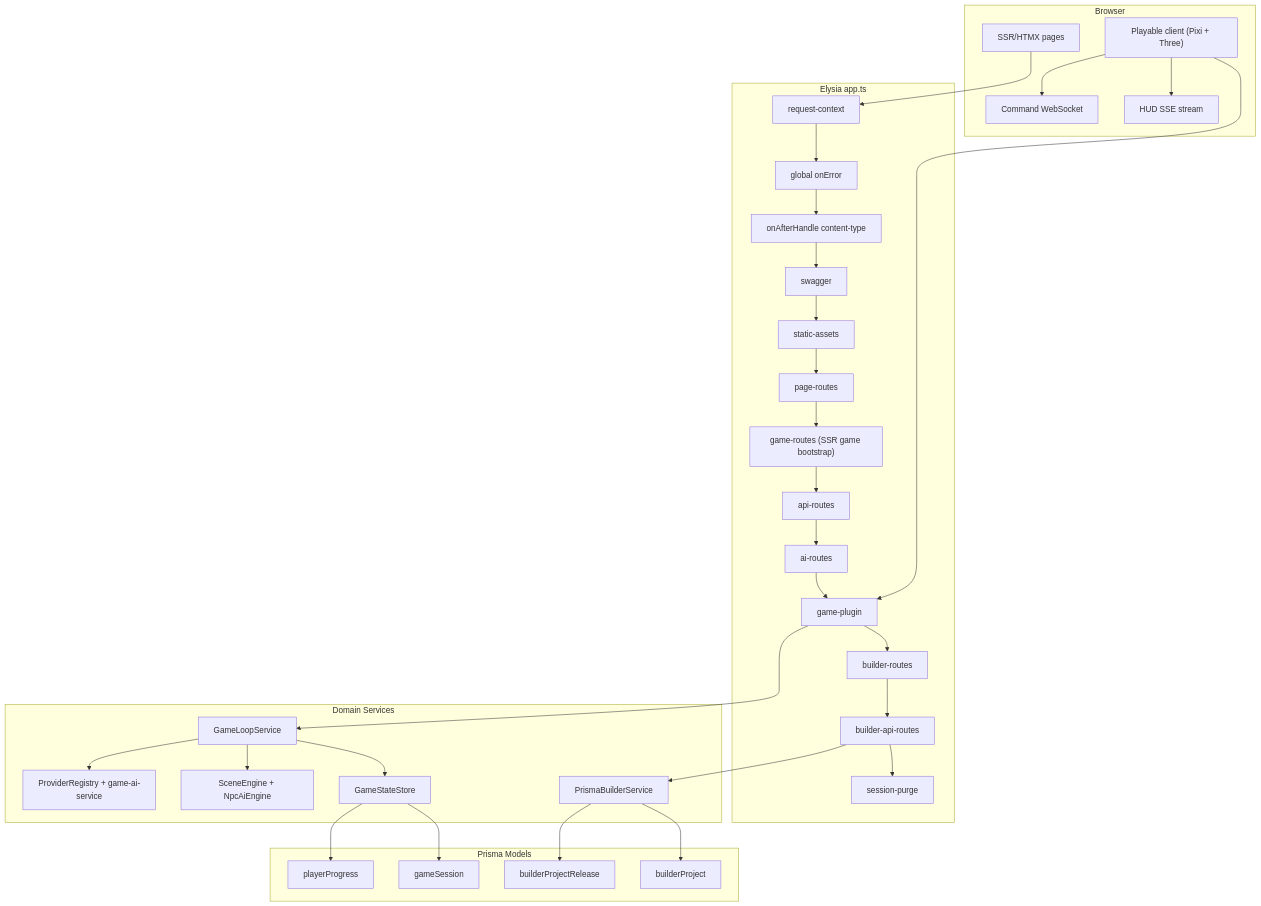
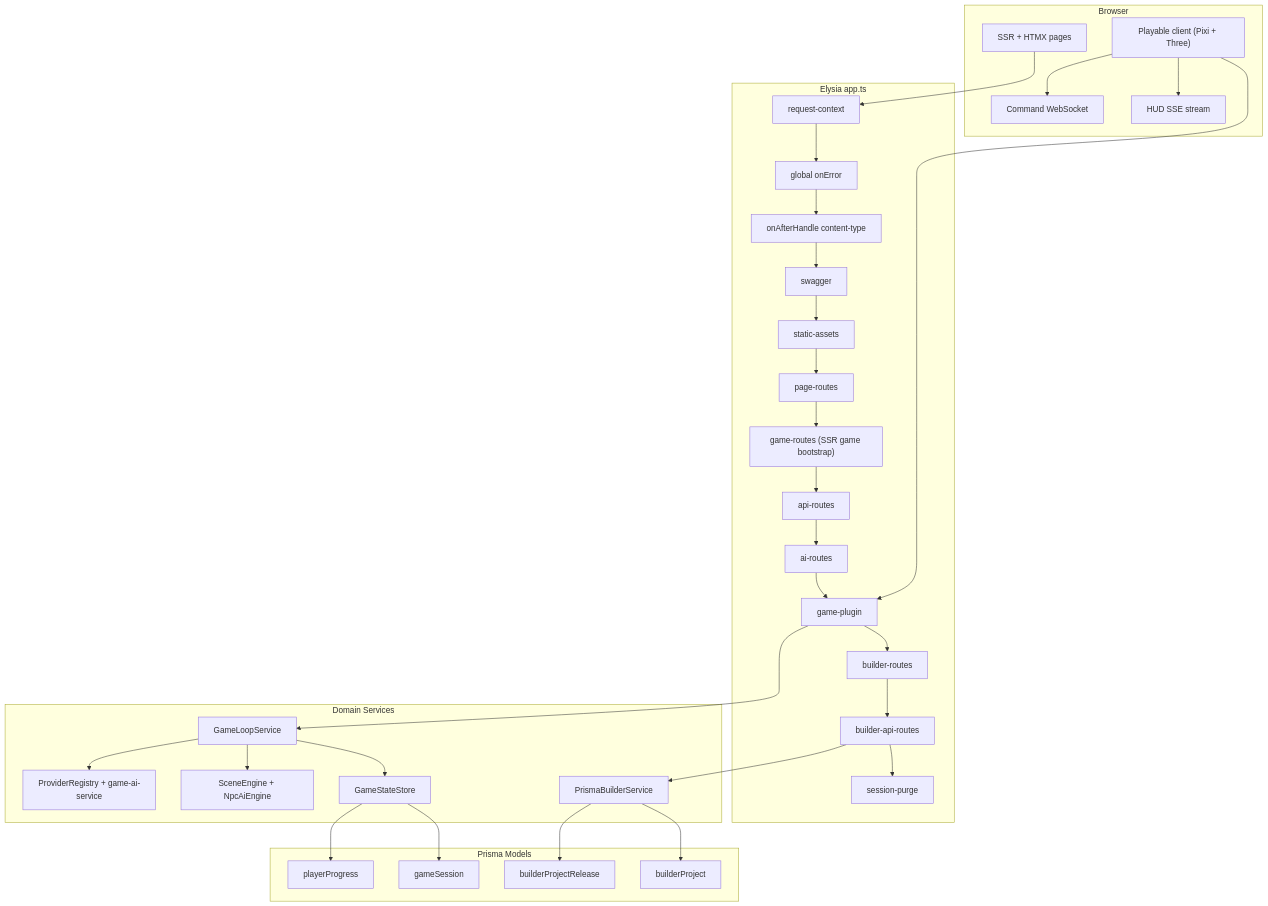
One commit to d4551/tea changed the first of 4 diagrams in ARCHITECTURE.md. Above: the diagram before and after it, drawn with Mermaid. The commit also changed other lines of this file and 8 other files, not shown here.

First line of the commit message:
fix: mermaid chart syntax, i18n for builder placeholders, ARCHITECTURE i18n docs

````diff
--- a/ARCHITECTURE.md
+++ b/ARCHITECTURE.md
@@ -5,52 +5,52 @@
 ```mermaid
 graph TB
   subgraph Browser["Browser"]
-    HOME["SSR/HTMX pages"]
+    HOME["SSR + HTMX pages"]
     GAME["Playable client (Pixi + Three)"]
     SSE["HUD SSE stream"]
     WS["Command WebSocket"]
   end
 
   subgraph App["Elysia app.ts"]
     RC["request-context"]
     EH["global onError"]
     CT["onAfterHandle content-type"]
     SW["swagger"]
     SA["static-assets"]
     PR["page-routes"]
     GR["game-routes (SSR game bootstrap)"]
     AR["api-routes"]
     AIR["ai-routes"]
     GP["game-plugin"]
     BR["builder-routes"]
     BA["builder-api-routes"]
     SP["session-purge"]
   end
 
   subgraph Domain["Domain Services"]
     LOOP["GameLoopService"]
     STORE["GameStateStore"]
     SCENE["SceneEngine + NpcAiEngine"]
     BUILDER["PrismaBuilderService"]
     AI["ProviderRegistry + game-ai-service"]
   end
 
   subgraph Data["Prisma Models"]
     GS["gameSession"]
     PP["playerProgress"]
     BP["builderProject"]
     BPR["builderProjectRelease"]
   end
 
   HOME --> RC
   GAME --> GP
   GAME --> SSE
   GAME --> WS
   RC --> EH --> CT --> SW --> SA --> PR --> GR --> AR --> AIR --> GP --> BR --> BA --> SP
   GP --> LOOP --> STORE --> GS
   LOOP --> SCENE
   LOOP --> AI
   STORE --> PP
   BA --> BUILDER --> BP
   BUILDER --> BPR
 ```
````
